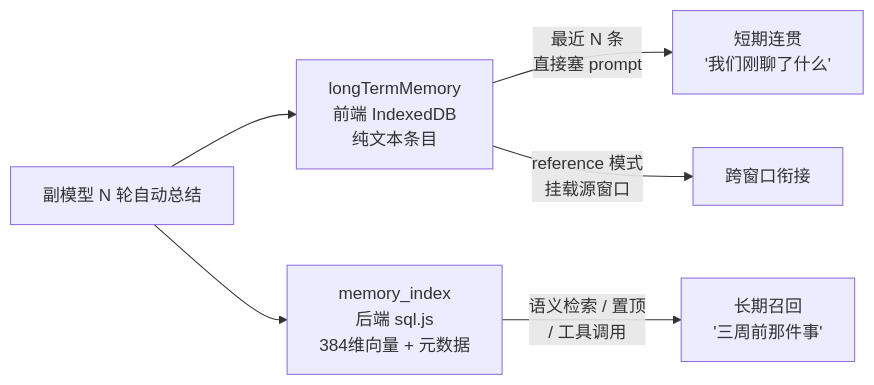
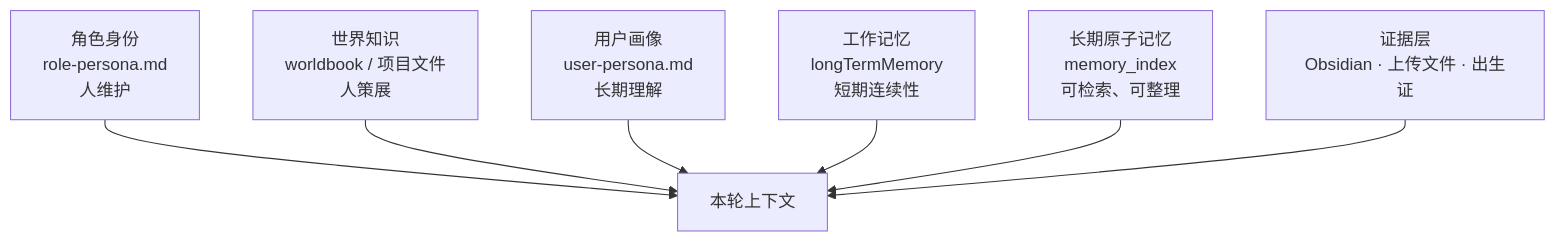
One commit to TAra93-1/AZOTH_mem changed the first of 5 diagrams in azoth_memory_system_anatomy.md. Above: the diagram before and after it, drawn with Mermaid. The commit also changed other lines of this file and 1 other file, not shown here.

First line of the commit message:
docs: update AZOTH memory architecture

````diff
--- a/azoth_memory_system_anatomy.md
+++ b/azoth_memory_system_anatomy.md
@@ -130,10 +33,9 @@
 ```mermaid
-flowchart LR
-    SUM["副模型 N 轮自动总结"] --> LTM["longTermMemory<br/>前端 IndexedDB<br/>纯文本条目"]
-    SUM --> MEM["memory_index<br/>后端 sql.js<br/>384维向量 + 元数据"]
-
-    LTM --> |"最近 N 条<br/>直接塞 prompt"| SHORT["短期连贯<br/>'我们刚聊了什么'"]
-    MEM --> |"语义检索 / 置顶<br/>/ 工具调用"| LONG["长期召回<br/>'三周前那件事'"]
-
-    LTM --> |"reference 模式<br/>挂载源窗口"| CROSS["跨窗口衔接"]
+flowchart TB
+    RP["角色身份<br/>role-persona.md<br/>人维护"] --> PROMPT["本轮上下文"]
+    WB["世界知识<br/>worldbook / 项目文件<br/>人策展"] --> PROMPT
+    UP["用户画像<br/>user-persona.md<br/>长期理解"] --> PROMPT
+    WM["工作记忆<br/>longTermMemory<br/>短期连续性"] --> PROMPT
+    LM["长期原子记忆<br/>memory_index<br/>可检索、可整理"] --> PROMPT
+    EV["证据层<br/>Obsidian · 上传文件 · 出生证"] --> PROMPT
 ```
````
